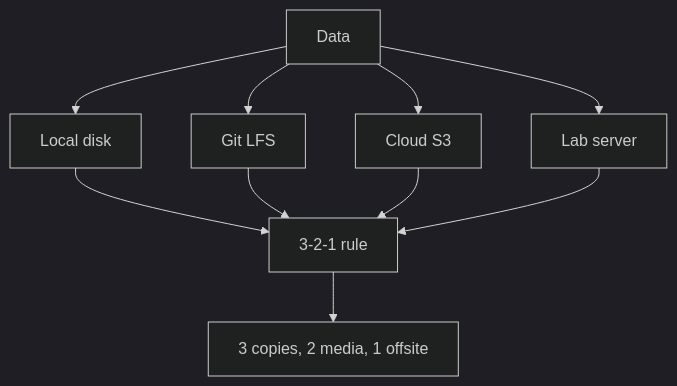
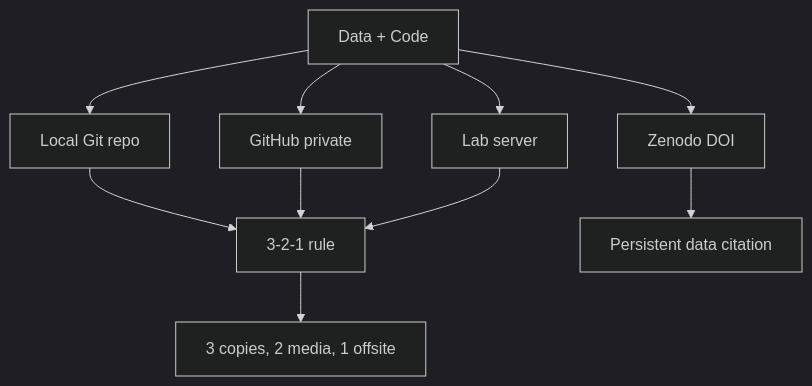
Before and after one commit to yip-lgtm/PhysicsSelfStudy: the seventh of 7 diagrams in 01_BSc_Physics/electives/PHYS_2090X_Directed_Studies_I/README.md, drawn with Mermaid (dark theme). The commit also changed other lines of this file and 17 other files, not shown here.

````diff
--- a/01_BSc_Physics/electives/PHYS_2090X_Directed_Studies_I/README.md
+++ b/01_BSc_Physics/electives/PHYS_2090X_Directed_Studies_I/README.md
@@ -174,12 +565,12 @@
 ```mermaid
 graph TD
-    A[Data] --> B[Local disk]
-    A --> C[Git LFS]
-    A --> D[Cloud S3]
-    A --> E[Lab server]
-    B --> F[3-2-1 rule]
-    C --> F
-    D --> F
-    E --> F
-    F --> G[3 copies, 2 media, 1 offsite]
+    A[Data + Code] --> B[Local Git repo]
+    A --> C[GitHub private]
+    A --> D[Lab server]
+    B --> E[3-2-1 rule]
+    C --> E
+    D --> E
+    E --> F[3 copies, 2 media, 1 offsite]
+    A --> G[Zenodo DOI]
+    G --> H[Persistent data citation]
 ```
````
